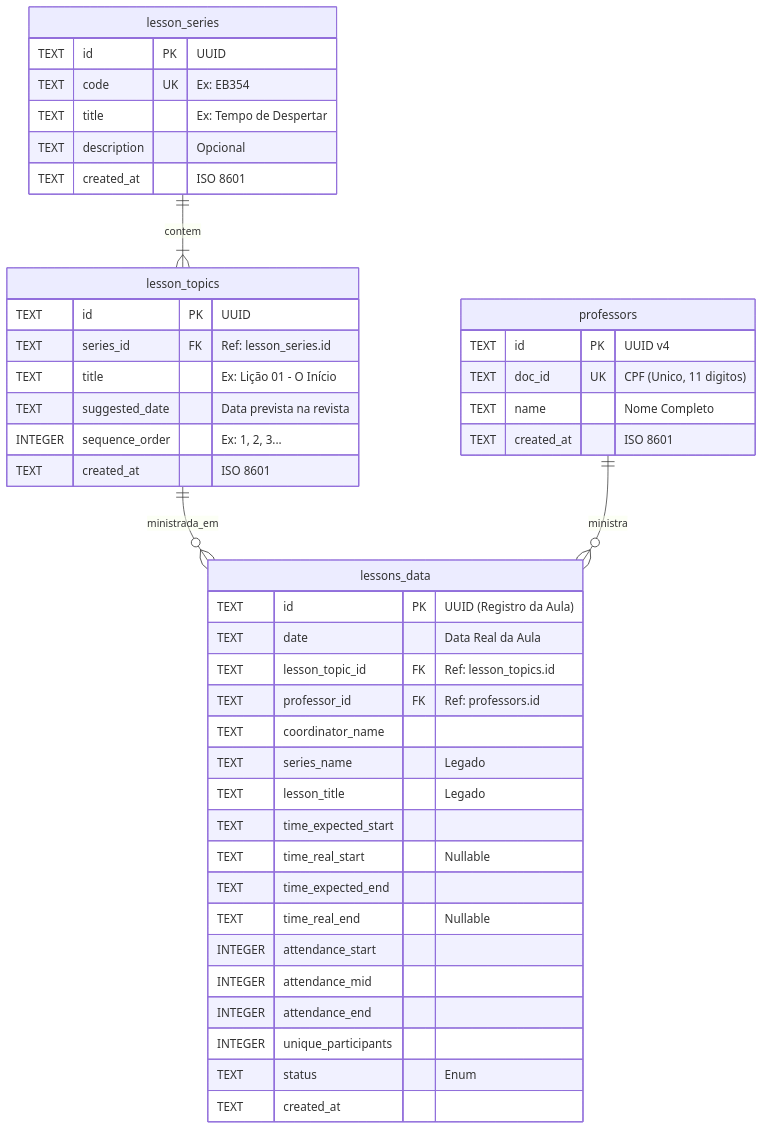
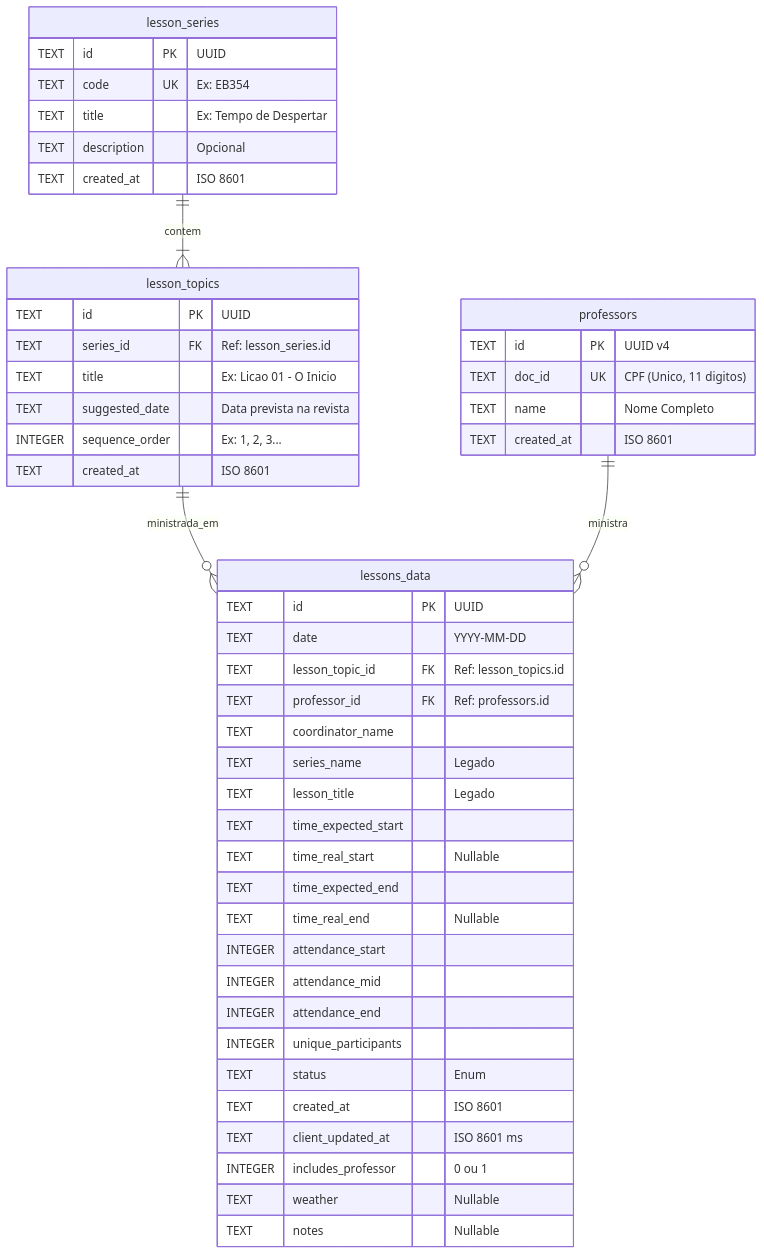
Before and after one commit to j0ruge/eb-analytics: the diagram in README.md, drawn with Mermaid. The commit also changed other lines of this file, not shown here.

````diff
--- a/README.md
+++ b/README.md
@@ -171,51 +214,54 @@
 ```mermaid
 erDiagram
     lesson_series {
         TEXT id PK "UUID"
         TEXT code UK "Ex: EB354"
         TEXT title "Ex: Tempo de Despertar"
         TEXT description "Opcional"
         TEXT created_at "ISO 8601"
     }
 
     lesson_topics {
         TEXT id PK "UUID"
         TEXT series_id FK "Ref: lesson_series.id"
-        TEXT title "Ex: Lição 01 - O Início"
+        TEXT title "Ex: Licao 01 - O Inicio"
         TEXT suggested_date "Data prevista na revista"
         INTEGER sequence_order "Ex: 1, 2, 3..."
         TEXT created_at "ISO 8601"
     }
 
     professors {
         TEXT id PK "UUID v4"
         TEXT doc_id UK "CPF (Unico, 11 digitos)"
         TEXT name "Nome Completo"
         TEXT created_at "ISO 8601"
     }
 
     lessons_data {
-        TEXT id PK "UUID (Registro da Aula)"
-        TEXT date "Data Real da Aula"
+        TEXT id PK "UUID"
+        TEXT date "YYYY-MM-DD"
         TEXT lesson_topic_id FK "Ref: lesson_topics.id"
         TEXT professor_id FK "Ref: professors.id"
         TEXT coordinator_name
         TEXT series_name "Legado"
         TEXT lesson_title "Legado"
         TEXT time_expected_start
         TEXT time_real_start "Nullable"
         TEXT time_expected_end
         TEXT time_real_end "Nullable"
         INTEGER attendance_start
         INTEGER attendance_mid
         INTEGER attendance_end
         INTEGER unique_participants
         TEXT status "Enum"
-        TEXT created_at
+        TEXT created_at "ISO 8601"
+        TEXT client_updated_at "ISO 8601 ms"
+        INTEGER includes_professor "0 ou 1"
+        TEXT weather "Nullable"
+        TEXT notes "Nullable"
     }
 
-    %% Relacionamentos
     lesson_series ||--|{ lesson_topics : contem
     lesson_topics ||--o{ lessons_data : ministrada_em
     professors ||--o{ lessons_data : ministra
 ```
````
